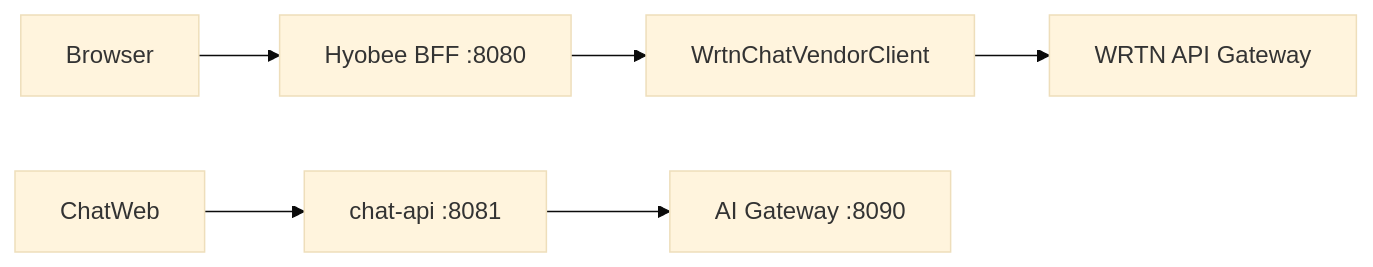
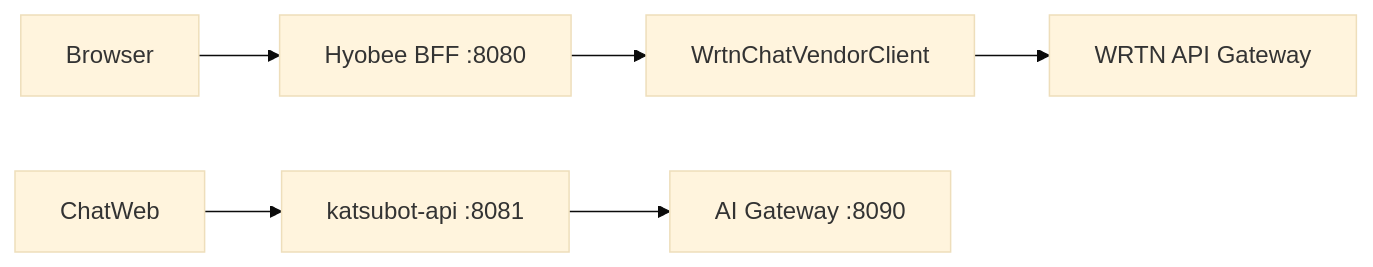
The diagram in docs/archive/KC-007/superseded/wrtn-upstream-api.md (katsulabs/katsulabs-katsubot), drawn with Mermaid (base theme) before and after one commit. The commit also changed other lines of this file and 34 other files, not shown here.

First line of the commit message:
docs(KC-007-modernization): katsubot-api/web 리네임 및 마이그레이션 문서 갱신

````diff
--- a/docs/archive/KC-007/superseded/wrtn-upstream-api.md
+++ b/docs/archive/KC-007/superseded/wrtn-upstream-api.md
@@ -20,8 +20,8 @@
 ```mermaid
 flowchart LR
   Browser --> HyobeeBFF["Hyobee BFF :8080"]
   HyobeeBFF --> WrtnClient["WrtnChatVendorClient"]
   WrtnClient --> WRTN["WRTN API Gateway"]
-  ChatWeb --> ChatApi["chat-api :8081"]
+  ChatWeb --> ChatApi["katsubot-api :8081"]
   ChatApi --> Gateway["AI Gateway :8090"]
 ```
````
